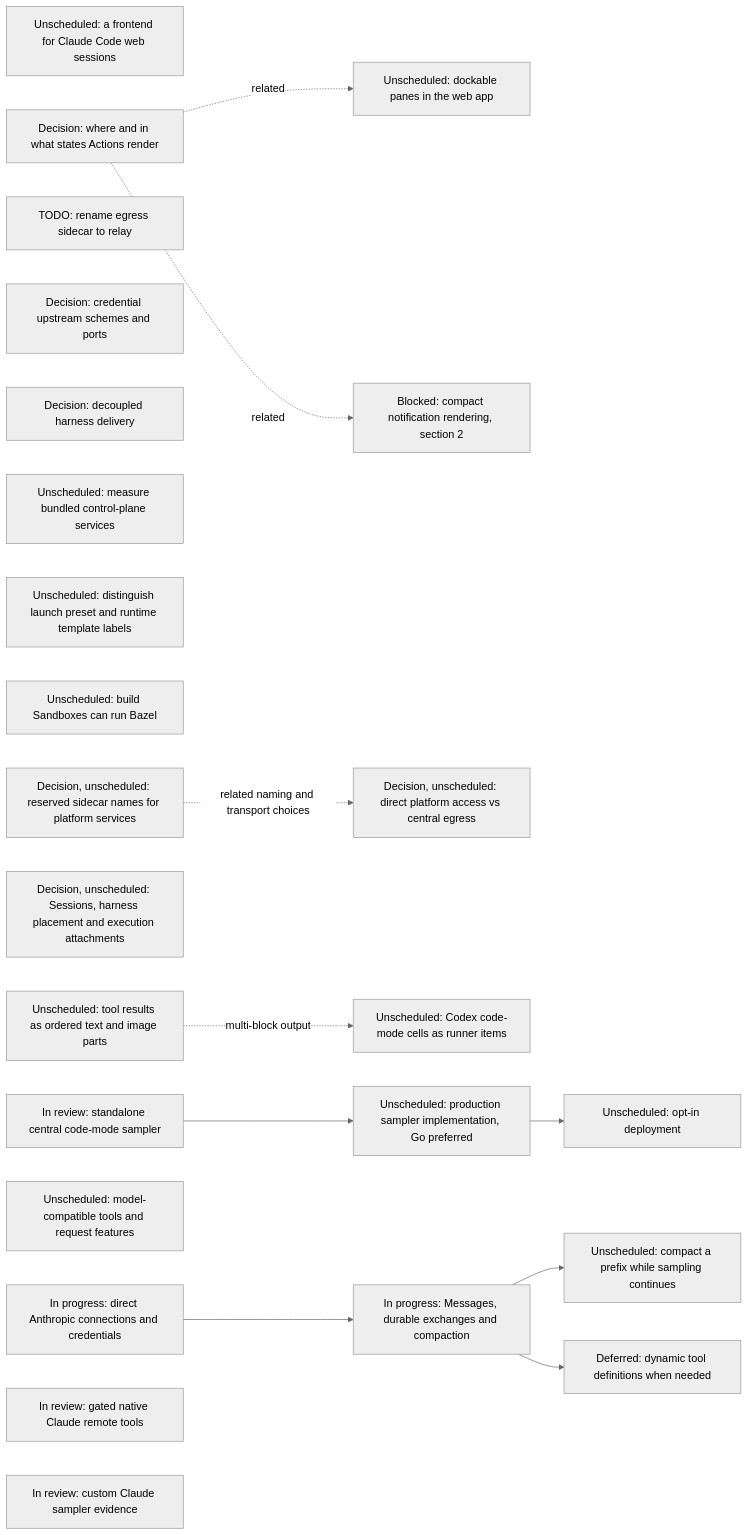
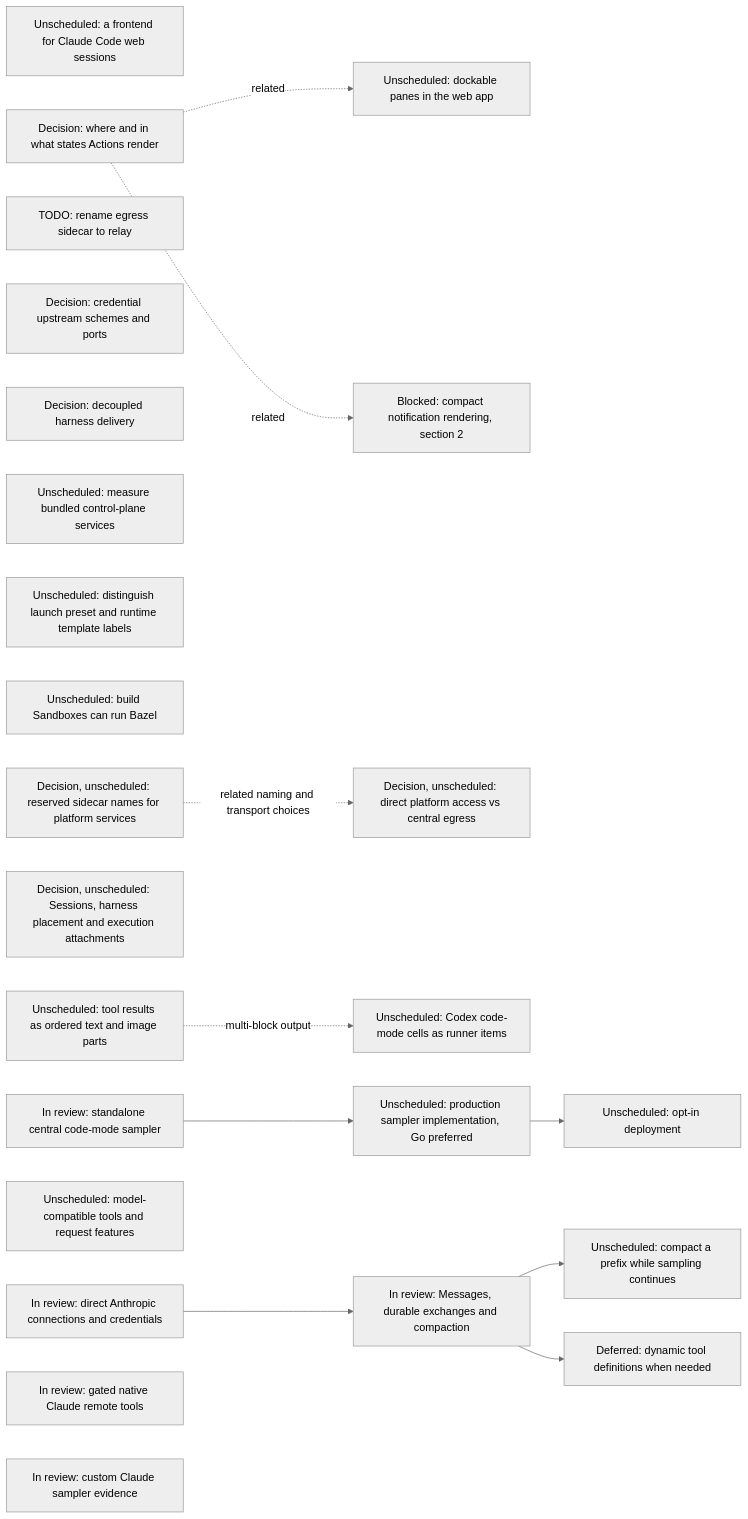
The sixth of 17 diagrams in agentplane/plans/task_dag.md (agentydragon/ducktape), drawn with Mermaid (neutral theme) before and after one commit. The commit also changed other lines of this file and 2 other files, not shown here.

Commit message:
docs(agentplane): record passing Anthropic live acceptance

````diff
--- a/agentplane/plans/task_dag.md
+++ b/agentplane/plans/task_dag.md
@@ -545,31 +545,31 @@
 ```mermaid
 flowchart LR
     CLAUDE_CODE_WEB_BRIDGE[Unscheduled: a frontend for Claude Code web sessions]
     ACTION_SURFACES_DESIGN[Decision: where and in what states Actions render]
     EGRESS_RELAY_RENAME[TODO: rename egress sidecar to relay]
     EGRESS_CREDENTIAL_TRANSPORT_DESIGN[Decision: credential upstream schemes and ports]
     RUNNER_HARNESS_DELIVERY_DESIGN[Decision: decoupled harness delivery]
     K3S_BUNDLED_SERVICES_SPIKE[Unscheduled: measure bundled control-plane services]
     DOCKABLE_PANES[Unscheduled: dockable panes in the web app]
     ACTION_SURFACES_DESIGN -. related .-> DOCKABLE_PANES
     NOTIFICATION_PRESENTATION[Blocked: compact notification rendering, section 2]
     ACTION_SURFACES_DESIGN -. related .-> NOTIFICATION_PRESENTATION
     SANDBOX_FORM_TERMINOLOGY[Unscheduled: distinguish launch preset and runtime template labels]
     BUILD_BOX_BAZEL[Unscheduled: build Sandboxes can run Bazel]
     PLATFORM_SERVICE_NAMES_DESIGN[Decision, unscheduled: reserved sidecar names for platform services]
     PLATFORM_SERVICE_ROUTING_DESIGN[Decision, unscheduled: direct platform access vs central egress]
     PLATFORM_SERVICE_NAMES_DESIGN -. related naming and transport choices .-> PLATFORM_SERVICE_ROUTING_DESIGN
     SESSION_RUNTIME_MODEL_DESIGN[Decision, unscheduled: Sessions, harness placement and execution attachments]
     STRUCTURED_TOOL_OUTPUT[Unscheduled: tool results as ordered text and image parts]
     STRUCTURED_TOOL_OUTPUT -. multi-block output .-> CODEX_CODE_MODE_CELLS[Unscheduled: Codex code-mode cells as runner items]
     CENTRAL_SAMPLER_V1[In review: standalone central code-mode sampler]
     CENTRAL_SAMPLER_V1 --> CENTRAL_SAMPLER_PRODUCTION_IMPL[Unscheduled: production sampler implementation, Go preferred]
     CENTRAL_SAMPLER_PRODUCTION_IMPL --> CENTRAL_SAMPLER_DEPLOYMENT[Unscheduled: opt-in deployment]
     CENTRAL_SAMPLER_MODEL_CAPABILITIES[Unscheduled: model-compatible tools and request features]
-    CENTRAL_SAMPLER_ANTHROPIC_ROUTING[In progress: direct Anthropic connections and credentials]
-    CENTRAL_SAMPLER_ANTHROPIC_ROUTING --> CENTRAL_SAMPLER_ANTHROPIC_MESSAGES[In progress: Messages, durable exchanges and compaction]
+    CENTRAL_SAMPLER_ANTHROPIC_ROUTING[In review: direct Anthropic connections and credentials]
+    CENTRAL_SAMPLER_ANTHROPIC_ROUTING --> CENTRAL_SAMPLER_ANTHROPIC_MESSAGES[In review: Messages, durable exchanges and compaction]
     CENTRAL_SAMPLER_ANTHROPIC_MESSAGES --> CENTRAL_SAMPLER_BACKGROUND_COMPACTION[Unscheduled: compact a prefix while sampling continues]
     CENTRAL_SAMPLER_ANTHROPIC_MESSAGES --> CENTRAL_SAMPLER_DYNAMIC_TOOLS[Deferred: dynamic tool definitions when needed]
     CLAUDE_REMOTE_EXECUTION_SPIKE[In review: gated native Claude remote tools]
     CLAUDE_CUSTOM_SAMPLER[In review: custom Claude sampler evidence]
 ```
````
